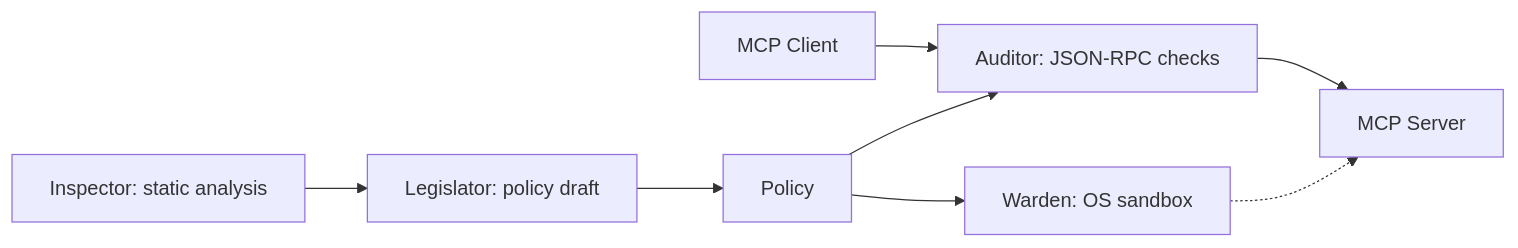
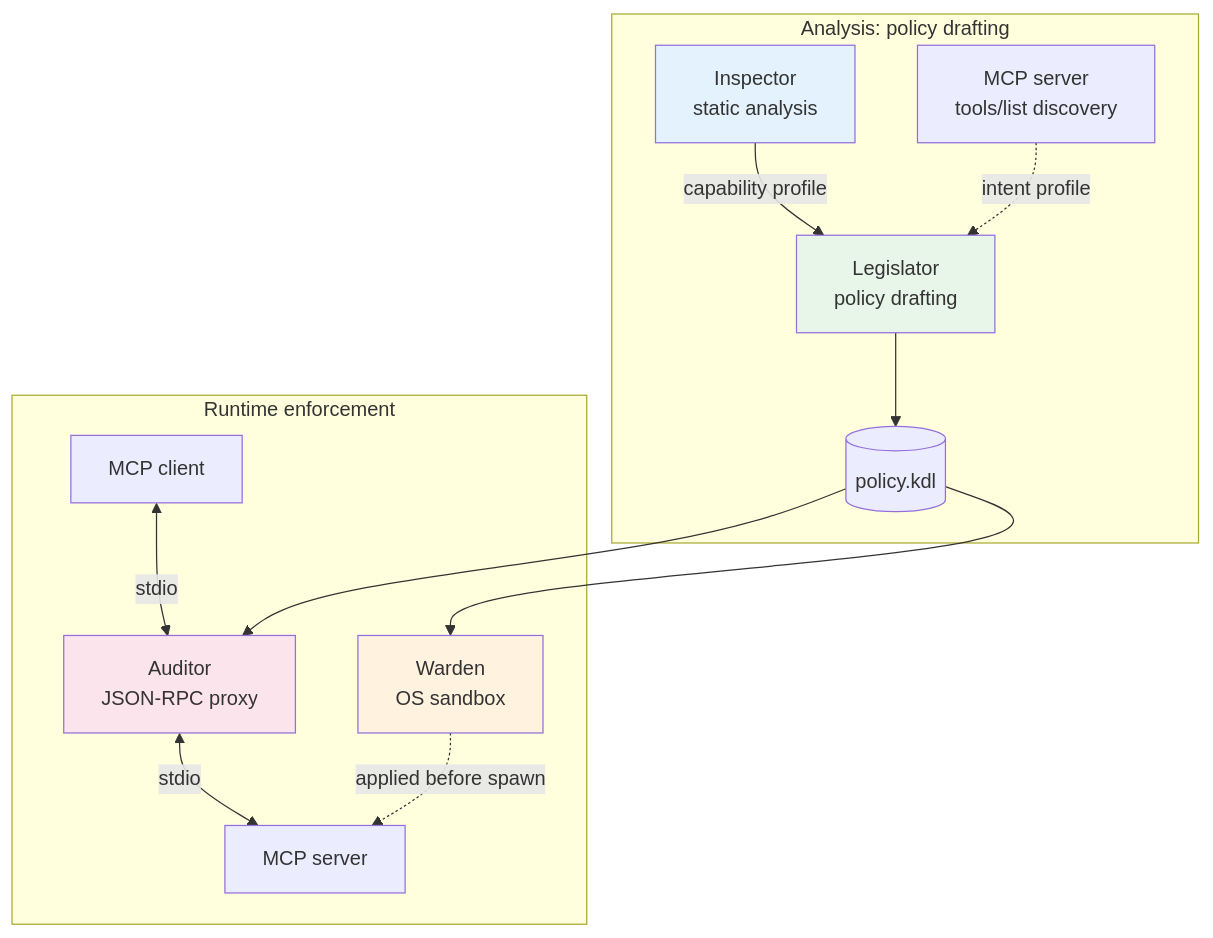
The first of 3 diagrams in README.md (strumbyte/mcp-writ), drawn with Mermaid before and after one commit. The commit also changed other lines of this file and 2 other files, not shown here.

First line of the commit message:
docs(readme): restructure architecture and workflow diagrams, add `plan` command

````diff
--- a/README.md
+++ b/README.md
@@ -33,10 +33,21 @@
 ```mermaid
-flowchart LR
-    C[MCP Client] --> A[Auditor: JSON-RPC checks]
-    A --> S[MCP Server]
-    P[Policy] --> A
-    P --> W[Warden: OS sandbox]
-    W -.-> S
-    I[Inspector: static analysis] --> L[Legislator: policy draft]
-    L --> P
+flowchart TB
+    subgraph "Analysis: policy drafting"
+        I["Inspector<br/>static analysis"] -->|capability profile| L["Legislator<br/>policy drafting"]
+        T["MCP server<br/>tools/list discovery"] -.->|intent profile| L
+        L --> P[("policy.kdl")]
+    end
+
+    subgraph "Runtime enforcement"
+        P --> W["Warden<br/>OS sandbox"]
+        P --> A["Auditor<br/>JSON-RPC proxy"]
+        C["MCP client"] <-->|stdio| A
+        A <-->|stdio| S["MCP server"]
+        W -.->|applied before spawn| S
+    end
+
+    style I fill:#e3f2fd
+    style L fill:#e8f5e9
+    style W fill:#fff3e0
+    style A fill:#fce4ec
 ```
````
